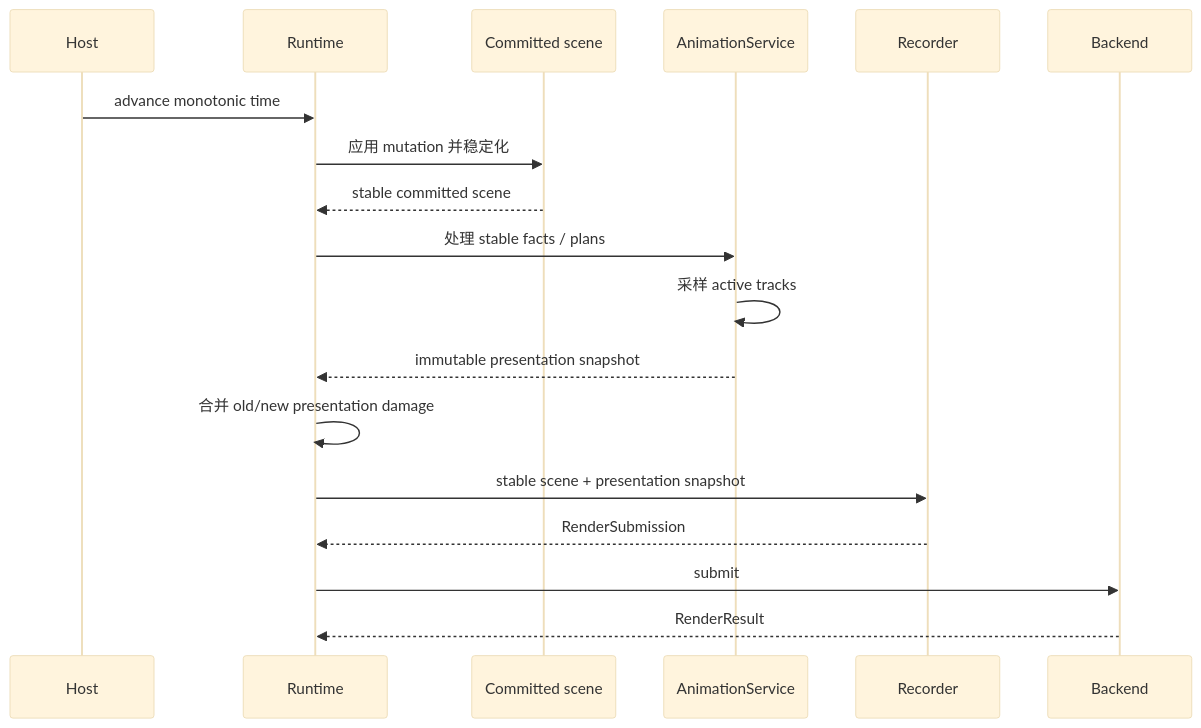
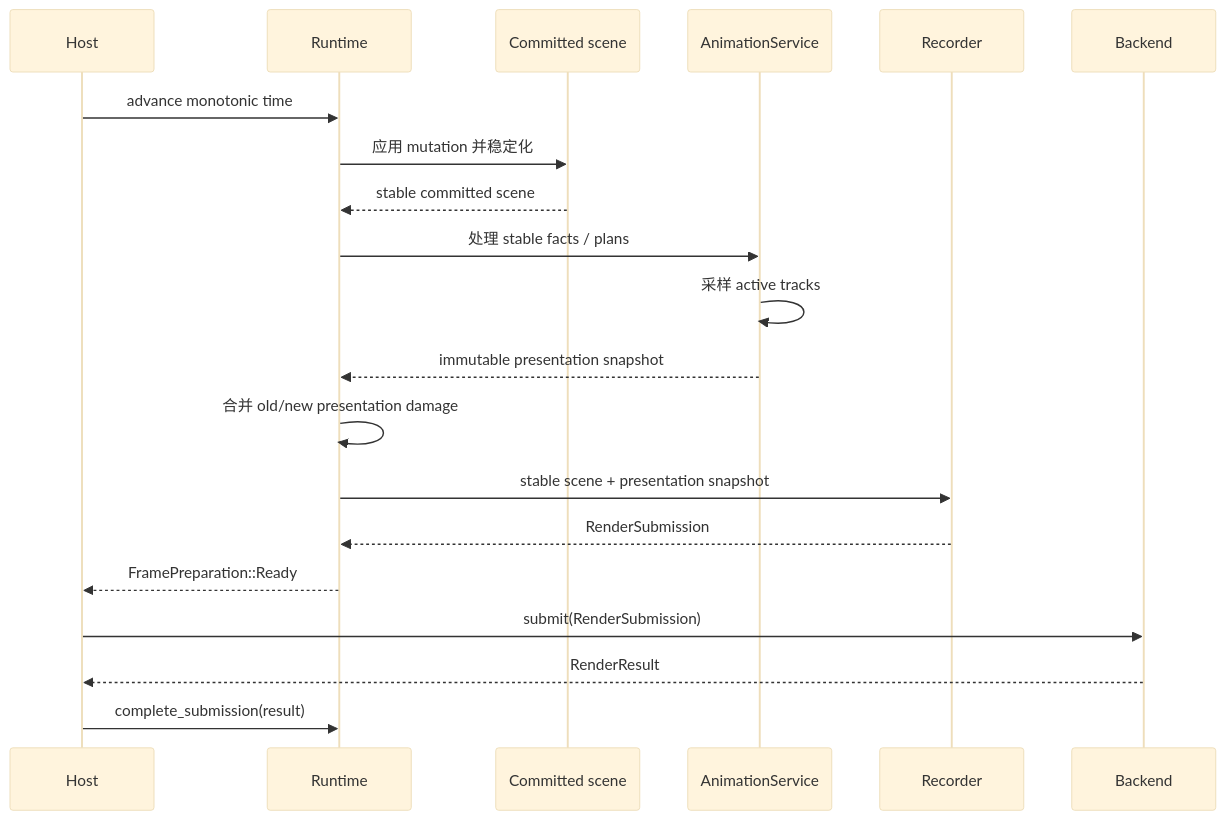
One commit to yezhang/novadraw changed the third of 3 diagrams in engine/wasm_rust/novadraw/book/internals/src/08-animation-and-presentation.md. Above: the diagram before and after it, drawn with Mermaid (base theme). The commit also changed other lines of this file and 19 other files, not shown here.

````diff
--- a/engine/wasm_rust/novadraw/book/internals/src/08-animation-and-presentation.md
+++ b/engine/wasm_rust/novadraw/book/internals/src/08-animation-and-presentation.md
@@ -188,21 +188,23 @@
 ```mermaid
 sequenceDiagram
     participant Host
     participant Runtime
     participant Source as Committed scene
     participant Animation as AnimationService
     participant Recorder
     participant Backend
 
     Host->>Runtime: advance monotonic time
     Runtime->>Source: 应用 mutation 并稳定化
     Source-->>Runtime: stable committed scene
     Runtime->>Animation: 处理 stable facts / plans
     Animation->>Animation: 采样 active tracks
     Animation-->>Runtime: immutable presentation snapshot
     Runtime->>Runtime: 合并 old/new presentation damage
     Runtime->>Recorder: stable scene + presentation snapshot
     Recorder-->>Runtime: RenderSubmission
-    Runtime->>Backend: submit
-    Backend-->>Runtime: RenderResult
+    Runtime-->>Host: FramePreparation::Ready
+    Host->>Backend: submit(RenderSubmission)
+    Backend-->>Host: RenderResult
+    Host->>Runtime: complete_submission(result)
 ```
````
